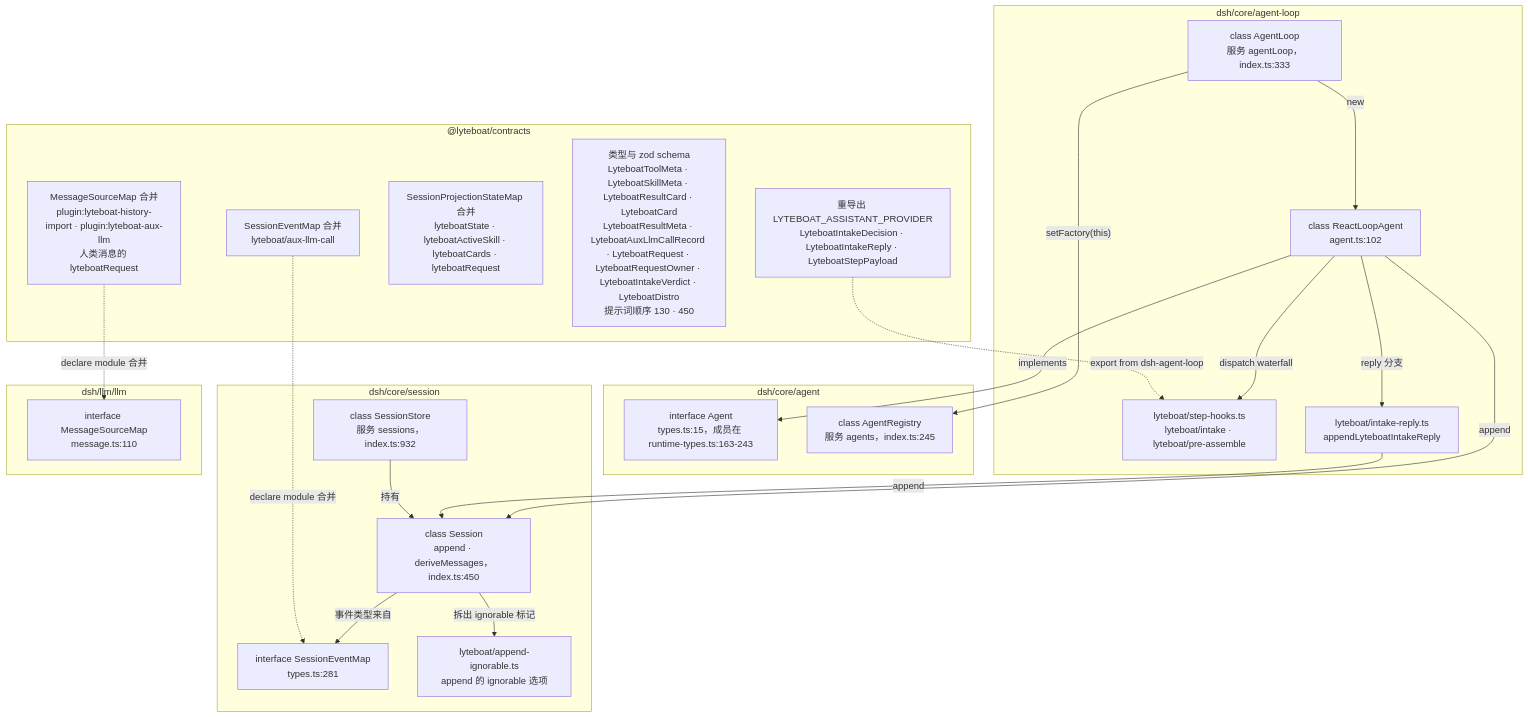
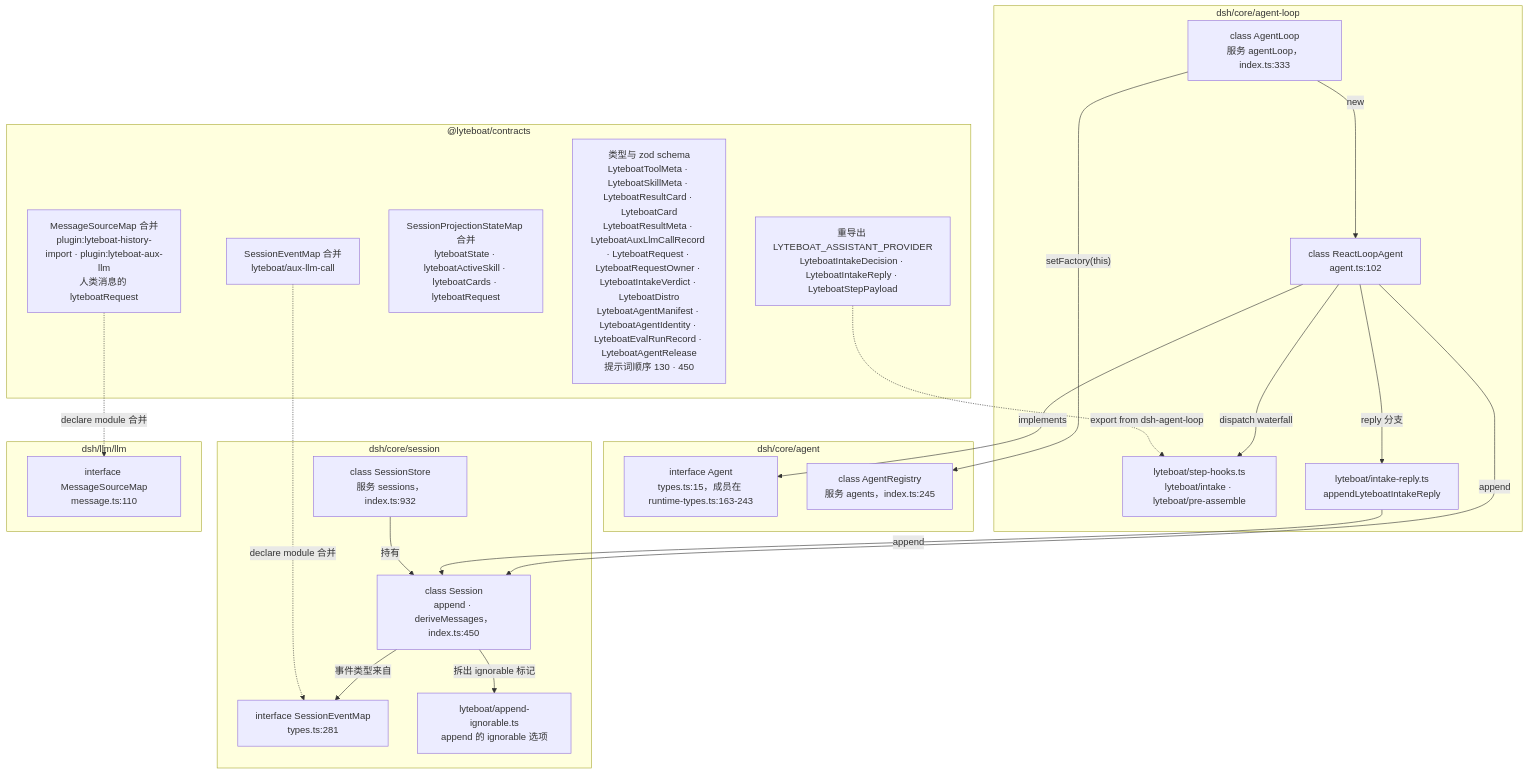
The fourth of 11 diagrams in docs/01-architecture.md (lyteboat/boat), drawn with Mermaid before and after one commit. The commit also changed other lines of this file and 9 other files, not shown here.

````diff
--- a/docs/01-architecture.md
+++ b/docs/01-architecture.md
@@ -264,42 +266,42 @@
 ```mermaid
 flowchart TB
   subgraph AGT["dsh/core/agent"]
     agentT["interface Agent<br/>types.ts:15，成员在 runtime-types.ts:163-243"]
     reg["class AgentRegistry<br/>服务 agents，index.ts:245"]
   end
   subgraph LOOP["dsh/core/agent-loop"]
     al["class AgentLoop<br/>服务 agentLoop，index.ts:333"]
     rla["class ReactLoopAgent<br/>agent.ts:102"]
     hooks["lyteboat/step-hooks.ts<br/>lyteboat/intake · lyteboat/pre-assemble"]
     reply["lyteboat/intake-reply.ts<br/>appendLyteboatIntakeReply"]
   end
   subgraph SESS["dsh/core/session"]
     store["class SessionStore<br/>服务 sessions，index.ts:932"]
     sess["class Session<br/>append · deriveMessages，index.ts:450"]
     sem["interface SessionEventMap<br/>types.ts:281"]
     ign["lyteboat/append-ignorable.ts<br/>append 的 ignorable 选项"]
   end
   subgraph LLMP["dsh/llm/llm"]
     msm["interface MessageSourceMap<br/>message.ts:110"]
   end
   subgraph CON["@lyteboat/contracts"]
     cEv["SessionEventMap 合并<br/>lyteboat/aux-llm-call"]
     cSrc["MessageSourceMap 合并<br/>plugin:lyteboat-history-import · plugin:lyteboat-aux-llm<br/>人类消息的 lyteboatRequest"]
     cProj["SessionProjectionStateMap 合并<br/>lyteboatState · lyteboatActiveSkill · lyteboatCards · lyteboatRequest"]
-    cMeta["类型与 zod schema<br/>LyteboatToolMeta · LyteboatSkillMeta · LyteboatResultCard · LyteboatCard<br/>LyteboatResultMeta · LyteboatAuxLlmCallRecord · LyteboatRequest · LyteboatRequestOwner · LyteboatIntakeVerdict · LyteboatDistro<br/>提示词顺序 130 · 450"]
+    cMeta["类型与 zod schema<br/>LyteboatToolMeta · LyteboatSkillMeta · LyteboatResultCard · LyteboatCard<br/>LyteboatResultMeta · LyteboatAuxLlmCallRecord · LyteboatRequest · LyteboatRequestOwner · LyteboatIntakeVerdict · LyteboatDistro<br/>LyteboatAgentManifest · LyteboatAgentIdentity · LyteboatEvalRunRecord · LyteboatAgentRelease<br/>提示词顺序 130 · 450"]
     cRe["重导出 LYTEBOAT_ASSISTANT_PROVIDER<br/>LyteboatIntakeDecision · LyteboatIntakeReply · LyteboatStepPayload"]
   end
   al -->|"setFactory(this)"| reg
   al -->|"new"| rla
   rla -->|"implements"| agentT
   rla -->|"dispatch waterfall"| hooks
   rla -->|"reply 分支"| reply
   rla -->|"append"| sess
   reply -->|"append"| sess
   store -->|"持有"| sess
   sess -->|"事件类型来自"| sem
   sess -->|"拆出 ignorable 标记"| ign
   cEv -.->|"declare module 合并"| sem
   cSrc -.->|"declare module 合并"| msm
   cRe -.->|"export from dsh-agent-loop"| hooks
 ```
````
